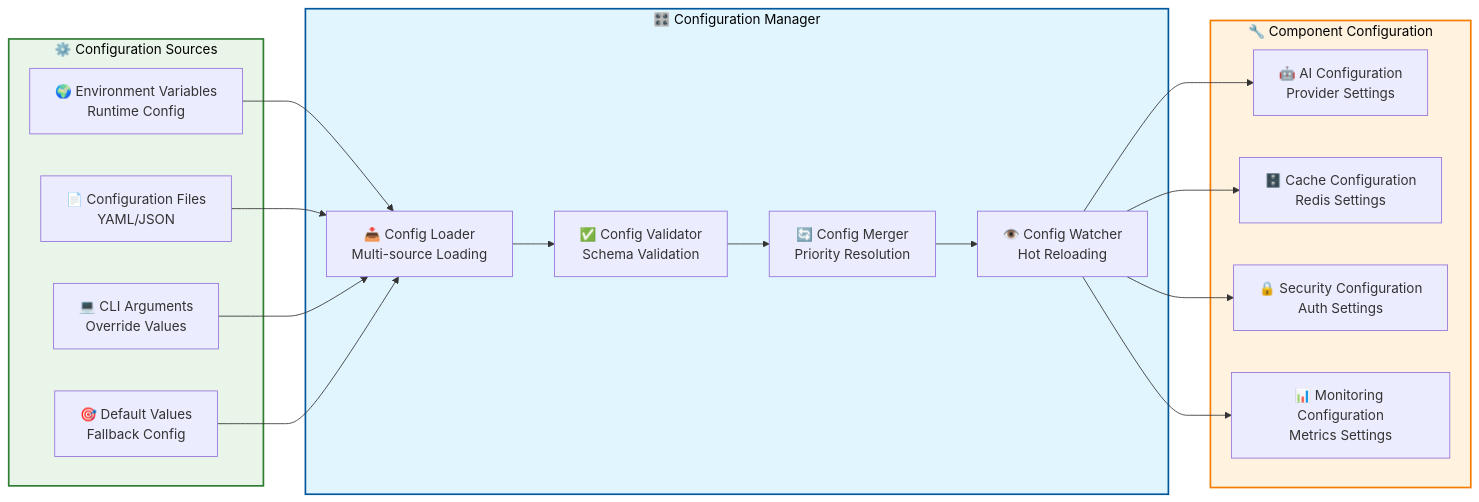
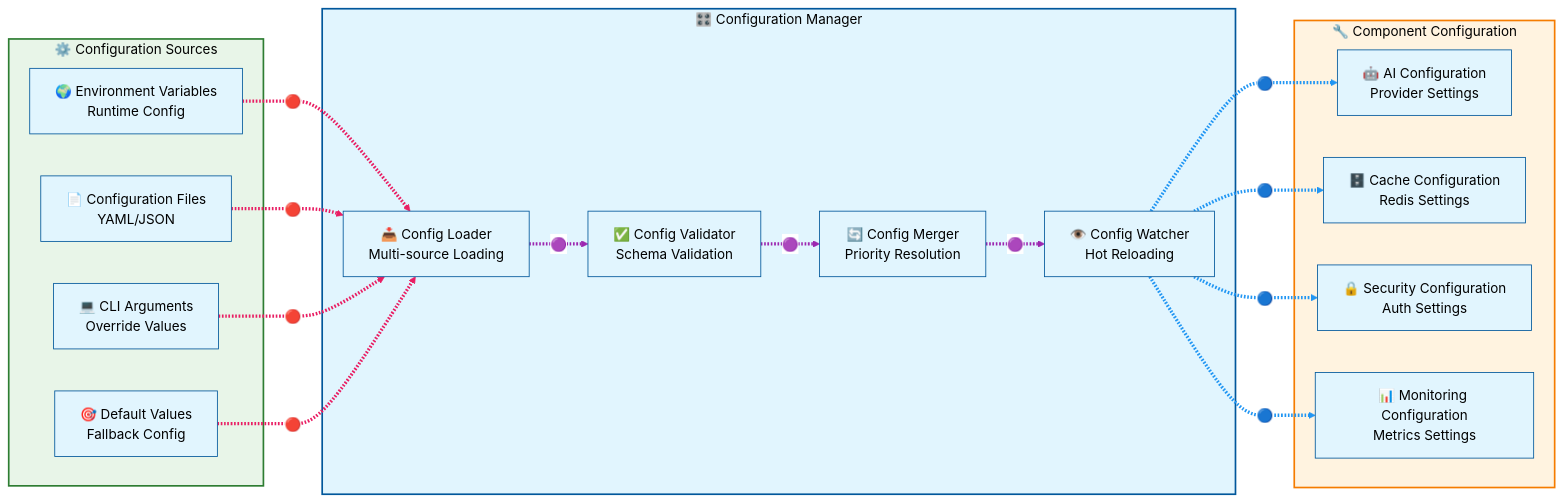
Before and after one commit to usemanusai/JAEGIS-AI-Web-OS: the ninth of 9 diagrams in docs/architecture/component-diagrams.md, drawn with Mermaid. The commit also changed other lines of this file, not shown here.

First line of the commit message:
fix: Make ALL Mermaid diagram arrows highly visible in component diagrams

````diff
--- a/docs/architecture/component-diagrams.md
+++ b/docs/architecture/component-diagrams.md
@@ -731,45 +902,58 @@
 ```mermaid
+%%{init: {'theme':'base', 'themeVariables': {'primaryColor':'#e1f5fe', 'primaryTextColor':'#000', 'primaryBorderColor':'#01579b', 'lineColor':'#ff0066', 'arrowheadColor':'#ff0066', 'edgeLabelBackground':'#ffffff', 'tertiaryColor':'#fff'}}}%%
 graph LR
     subgraph ConfigSources["⚙️ Configuration Sources"]
         ENV_VARS["🌍 Environment Variables<br/>Runtime Config"]
         CONFIG_FILES["📄 Configuration Files<br/>YAML/JSON"]
         CLI_ARGS["💻 CLI Arguments<br/>Override Values"]
         DEFAULTS["🎯 Default Values<br/>Fallback Config"]
     end
     
     subgraph ConfigManager["🎛️ Configuration Manager"]
         CONFIG_LOADER["📥 Config Loader<br/>Multi-source Loading"]
         CONFIG_VALIDATOR["✅ Config Validator<br/>Schema Validation"]
         CONFIG_MERGER["🔄 Config Merger<br/>Priority Resolution"]
         CONFIG_WATCHER["👁️ Config Watcher<br/>Hot Reloading"]
     end
     
     subgraph ComponentConfig["🔧 Component Configuration"]
         AI_CONFIG["🤖 AI Configuration<br/>Provider Settings"]
         CACHE_CONFIG["🗄️ Cache Configuration<br/>Redis Settings"]
         SECURITY_CONFIG["🔒 Security Configuration<br/>Auth Settings"]
         MONITORING_CONFIG["📊 Monitoring Configuration<br/>Metrics Settings"]
     end
     
-    ENV_VARS --> CONFIG_LOADER
-    CONFIG_FILES --> CONFIG_LOADER
-    CLI_ARGS --> CONFIG_LOADER
-    DEFAULTS --> CONFIG_LOADER
+    ENV_VARS -.->|"🔴"| CONFIG_LOADER
+    CONFIG_FILES -.->|"🔴"| CONFIG_LOADER
+    CLI_ARGS -.->|"🔴"| CONFIG_LOADER
+    DEFAULTS -.->|"🔴"| CONFIG_LOADER
     
-    CONFIG_LOADER --> CONFIG_VALIDATOR
-    CONFIG_VALIDATOR --> CONFIG_MERGER
-    CONFIG_MERGER --> CONFIG_WATCHER
+    CONFIG_LOADER -.->|"🟣"| CONFIG_VALIDATOR
+    CONFIG_VALIDATOR -.->|"🟣"| CONFIG_MERGER
+    CONFIG_MERGER -.->|"🟣"| CONFIG_WATCHER
     
-    CONFIG_WATCHER --> AI_CONFIG
-    CONFIG_WATCHER --> CACHE_CONFIG
-    CONFIG_WATCHER --> SECURITY_CONFIG
-    CONFIG_WATCHER --> MONITORING_CONFIG
+    CONFIG_WATCHER -.->|"🔵"| AI_CONFIG
+    CONFIG_WATCHER -.->|"🔵"| CACHE_CONFIG
+    CONFIG_WATCHER -.->|"🔵"| SECURITY_CONFIG
+    CONFIG_WATCHER -.->|"🔵"| MONITORING_CONFIG
     
     classDef sourceStyle fill:#e8f5e8,stroke:#2e7d32,stroke-width:2px,color:#000
     classDef managerStyle fill:#e1f5fe,stroke:#01579b,stroke-width:2px,color:#000
     classDef componentStyle fill:#fff3e0,stroke:#f57c00,stroke-width:2px,color:#000
     
     class ConfigSources sourceStyle
     class ConfigManager managerStyle
     class ComponentConfig componentStyle
+    
+    linkStyle 0 stroke:#e91e63,stroke-width:4px
+    linkStyle 1 stroke:#e91e63,stroke-width:4px
+    linkStyle 2 stroke:#e91e63,stroke-width:4px
+    linkStyle 3 stroke:#e91e63,stroke-width:4px
+    linkStyle 4 stroke:#9c27b0,stroke-width:4px
+    linkStyle 5 stroke:#9c27b0,stroke-width:4px
+    linkStyle 6 stroke:#9c27b0,stroke-width:4px
+    linkStyle 7 stroke:#2196f3,stroke-width:4px
+    linkStyle 8 stroke:#2196f3,stroke-width:4px
+    linkStyle 9 stroke:#2196f3,stroke-width:4px
+    linkStyle 10 stroke:#2196f3,stroke-width:4px
 ```
````
